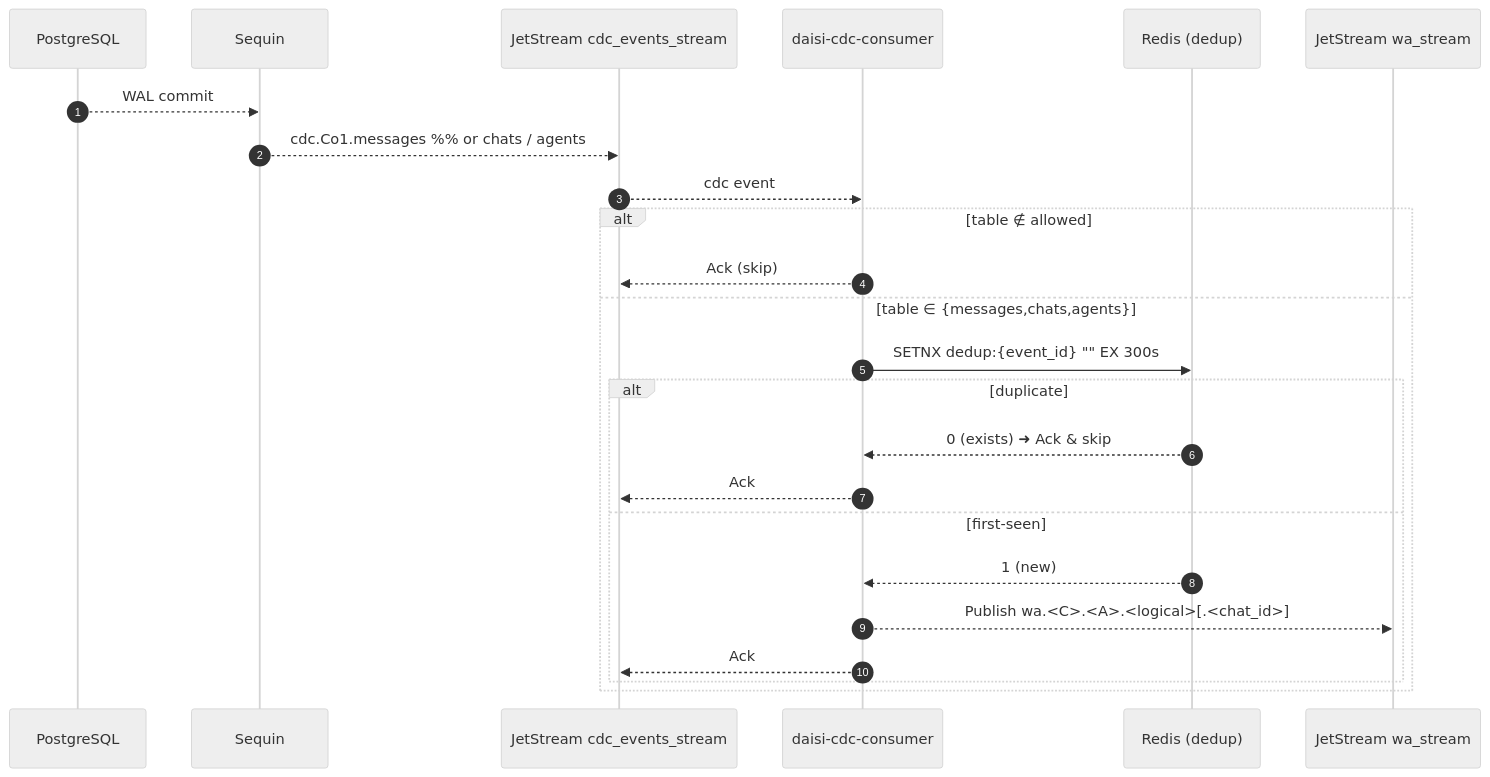
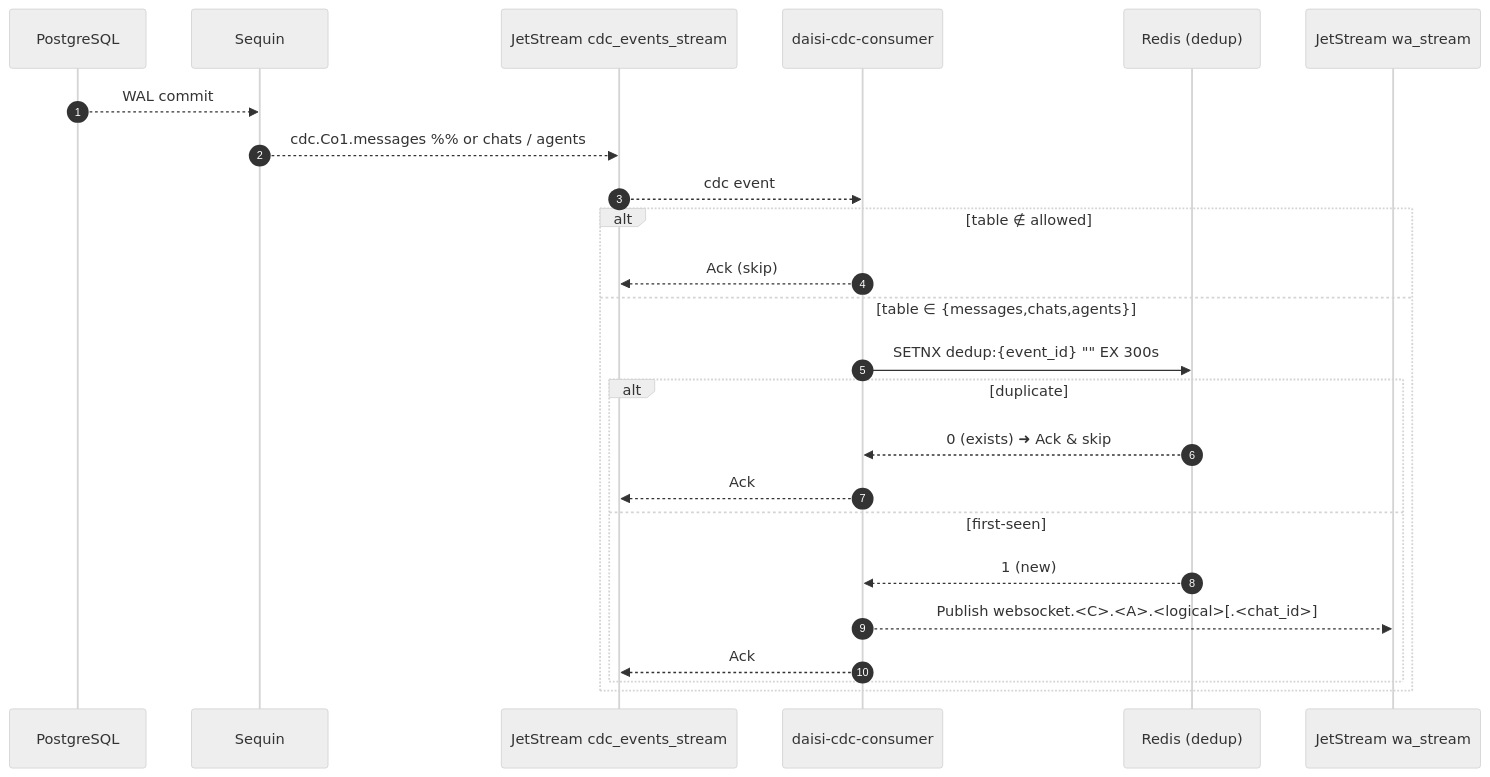
Before and after one commit to ridhomain/dcdc: the first of 4 diagrams in docs/new-prd-daisi-cdc-consumer-service.md, drawn with Mermaid (neutral theme). The commit also changed other lines of this file and 13 other files, not shown here.

````diff
--- a/docs/new-prd-daisi-cdc-consumer-service.md
+++ b/docs/new-prd-daisi-cdc-consumer-service.md
@@ -53,32 +53,32 @@
 ```mermaid
 %% daisi-cdc-consumer – happy path (messages, chats, agents only)
 sequenceDiagram
     autonumber
     %%──────────── DATA PIPELINE ────────────
     participant PG        as PostgreSQL
     participant SEQ       as Sequin
     participant JS_CDC    as JetStream cdc_events_stream
     participant CDC       as daisi-cdc-consumer
     participant RED       as Redis (dedup)
     participant JS_WA     as JetStream wa_stream
 
     %% STEP 0 – WAL → cdc_events_stream
     PG  -->> SEQ     : WAL commit
     SEQ -->> JS_CDC  : cdc.Co1.messages          %% or chats / agents
 
     %% STEP 1 – Filter + idempotent publish
     JS_CDC -->> CDC  : cdc event
     alt table ∉ allowed
         CDC  -->> JS_CDC : Ack (skip)
     else table ∈ {messages,chats,agents}
         CDC  ->> RED     : SETNX dedup:{event_id} "" EX 300s
         alt duplicate
             RED -->> CDC : 0 (exists) ➜ Ack & skip
             CDC -->> JS_CDC : Ack
         else first-seen
             RED -->> CDC : 1 (new)
-            CDC  -->> JS_WA : Publish wa.<C>.<A>.<logical>[.<chat_id>]
+            CDC  -->> JS_WA : Publish websocket.<C>.<A>.<logical>[.<chat_id>]
             CDC  -->> JS_CDC : Ack
         end
     end
 ```
````
